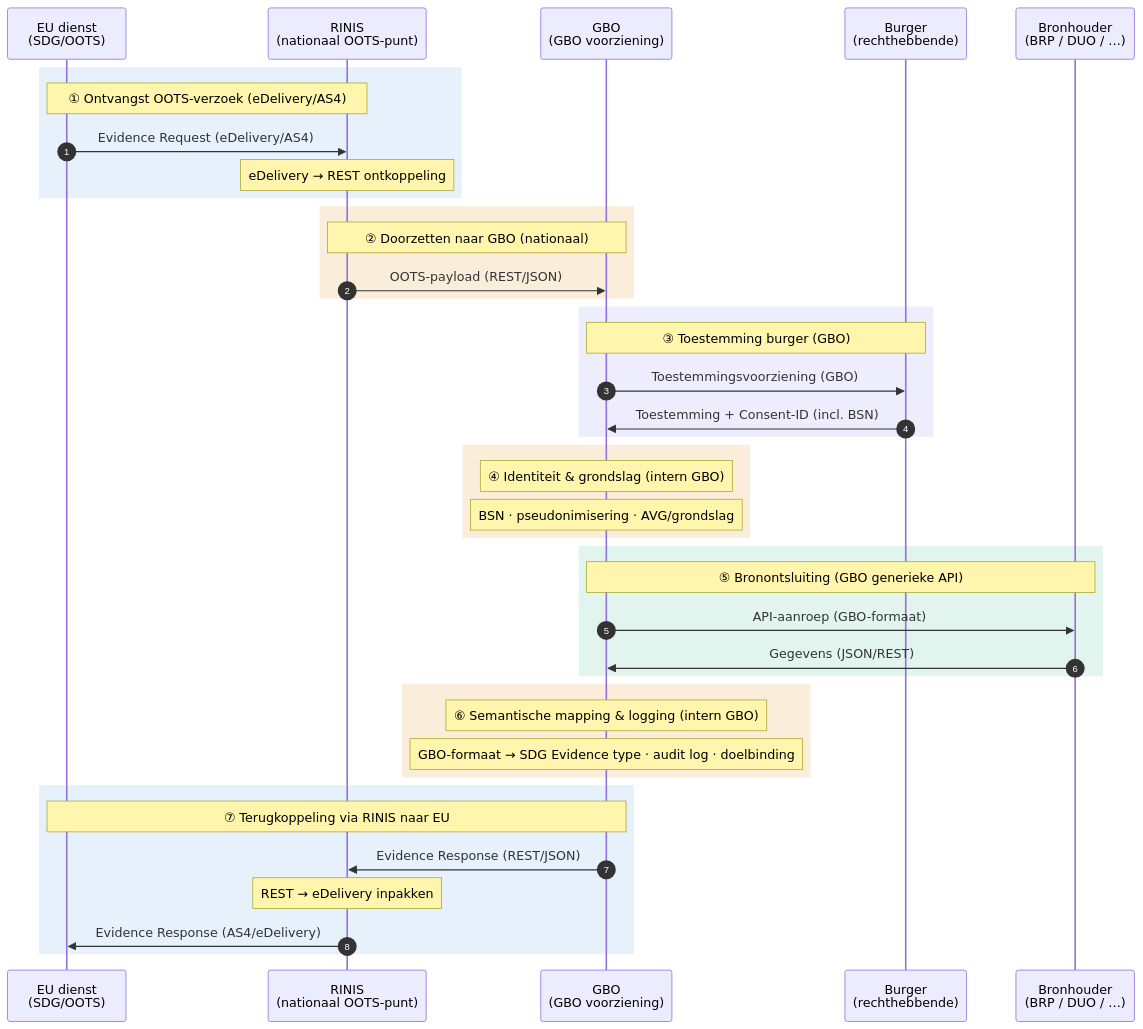
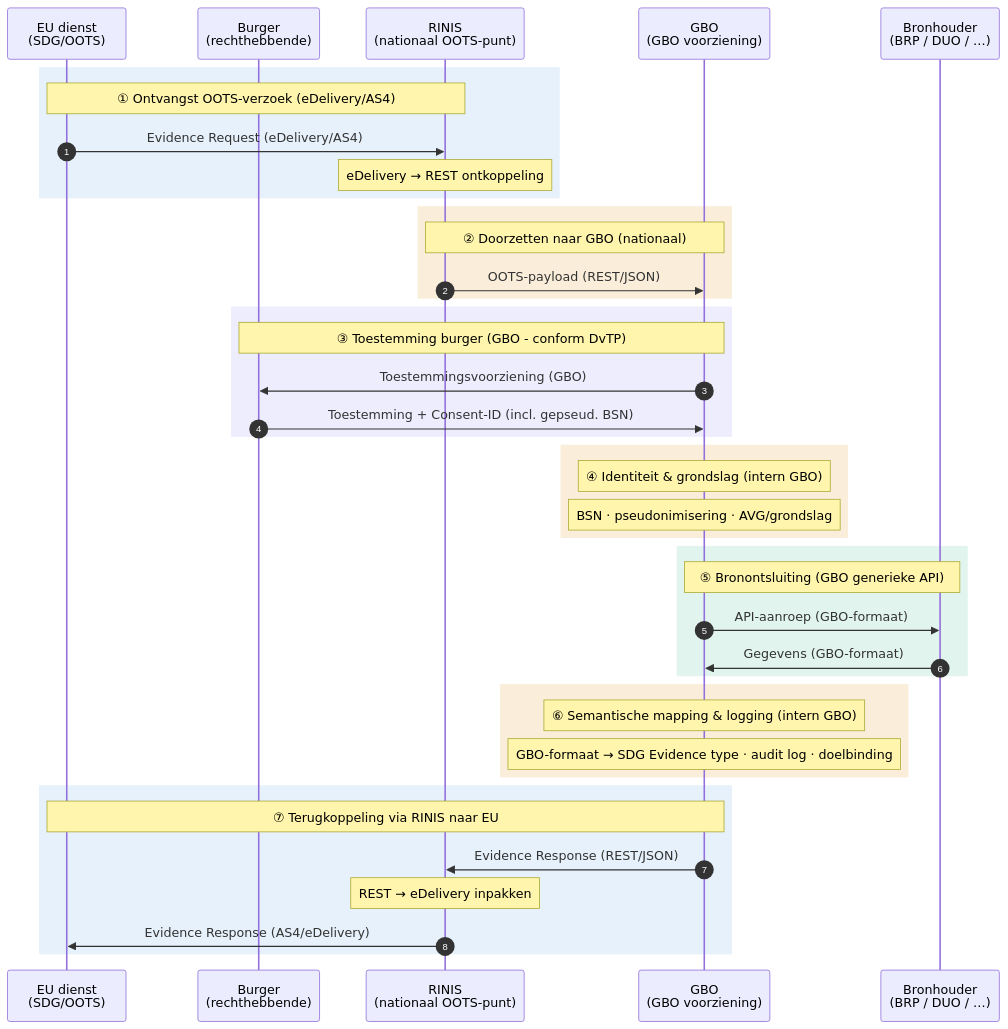
Before and after one commit to ICTU/GBO: the diagram in docs/diagrammen/interactiepatroon-SDG-OOTS-verzoek.mmd, drawn with Mermaid. The commit also changed 5 other files, not shown here.

````diff
--- a/docs/diagrammen/interactiepatroon-SDG-OOTS-verzoek.mmd
+++ b/docs/diagrammen/interactiepatroon-SDG-OOTS-verzoek.mmd
@@ -3,51 +3,51 @@
 ``` mermaid
 
 sequenceDiagram
     autonumber
     participant EU as EU dienst<br/>(SDG/OOTS)
+    participant BRG as Burger<br/>(rechthebbende)
     participant RINIS as RINIS<br/>(nationaal OOTS-punt)
     participant GBO as GBO<br/>(GBO voorziening)
-    participant BRG as Burger<br/>(rechthebbende)
     participant BRH as Bronhouder<br/>(BRP / DUO / …)
 
     rect rgb(230, 241, 251)
         Note over EU,RINIS: ① Ontvangst OOTS-verzoek (eDelivery/AS4)
         EU->>RINIS: Evidence Request (eDelivery/AS4)
         Note over RINIS: eDelivery → REST ontkoppeling
     end
 
     rect rgb(250, 238, 218)
         Note over RINIS,GBO: ② Doorzetten naar GBO (nationaal)
         RINIS->>GBO: OOTS-payload (REST/JSON)
     end
 
     rect rgb(238, 237, 254)
-        Note over GBO,BRG: ③ Toestemming burger (GBO)
+        Note over GBO,BRG: ③ Toestemming burger (GBO - conform DvTP)
         GBO->>BRG: Toestemmingsvoorziening (GBO)
-        BRG->>GBO: Toestemming + Consent-ID (incl. BSN)
+        BRG->>GBO: Toestemming + Consent-ID (incl. gepseud. BSN)
     end
 
     rect rgb(250, 238, 218)
         Note over GBO: ④ Identiteit & grondslag (intern GBO)
         Note over GBO: BSN · pseudonimisering · AVG/grondslag
     end
 
     rect rgb(225, 245, 238)
         Note over GBO,BRH: ⑤ Bronontsluiting (GBO generieke API)
         GBO->>BRH: API-aanroep (GBO-formaat)
-        BRH->>GBO: Gegevens (JSON/REST)
+        BRH->>GBO: Gegevens (GBO-formaat)
     end
 
     rect rgb(250, 238, 218)
         Note over GBO: ⑥ Semantische mapping & logging (intern GBO)
         Note over GBO: GBO-formaat → SDG Evidence type · audit log · doelbinding
     end
 
     rect rgb(230, 241, 251)
         Note over GBO,EU: ⑦ Terugkoppeling via RINIS naar EU
         GBO->>RINIS: Evidence Response (REST/JSON)
         Note over RINIS: REST → eDelivery inpakken
         RINIS->>EU: Evidence Response (AS4/eDelivery)
     end
 
 ```
````
